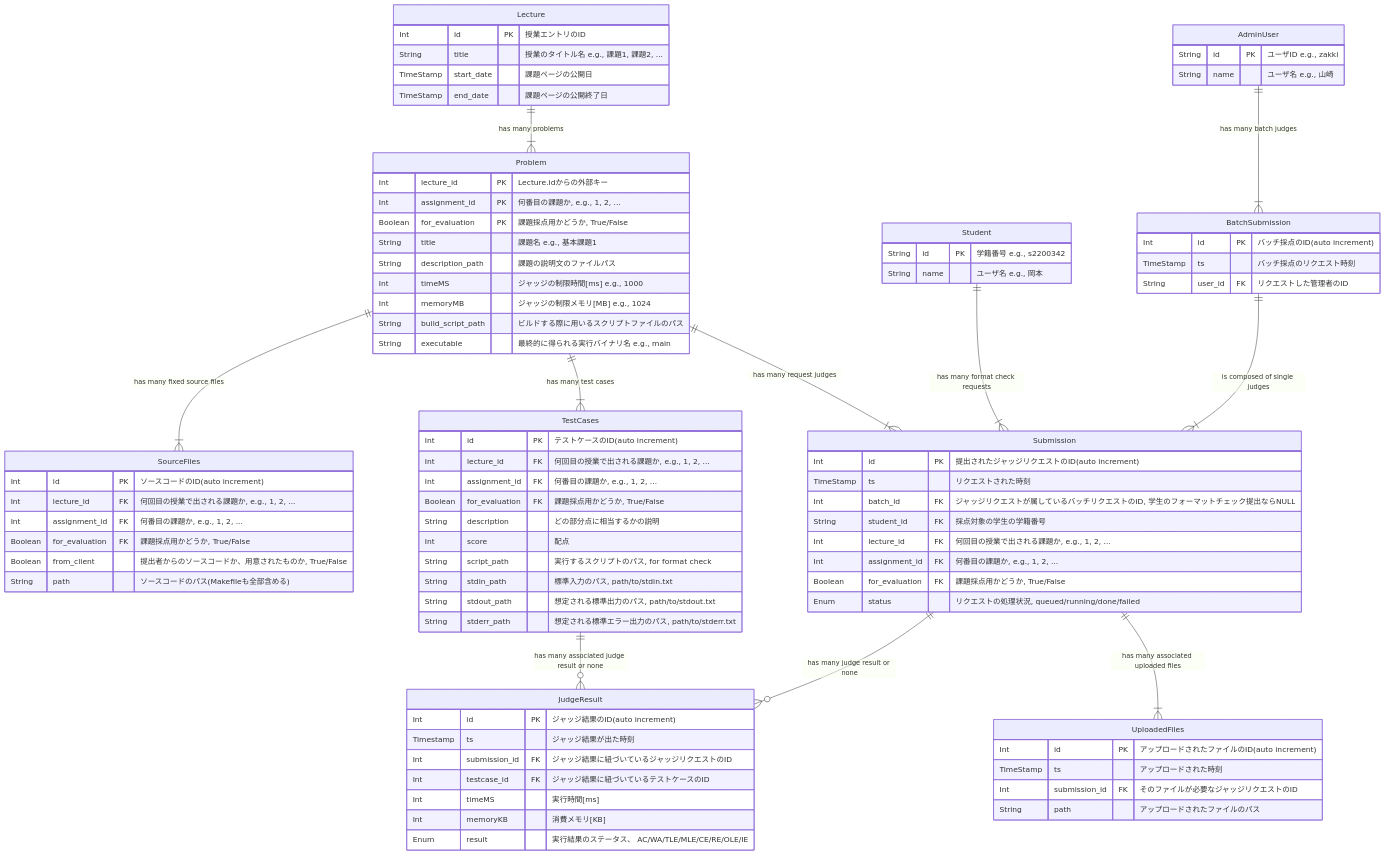
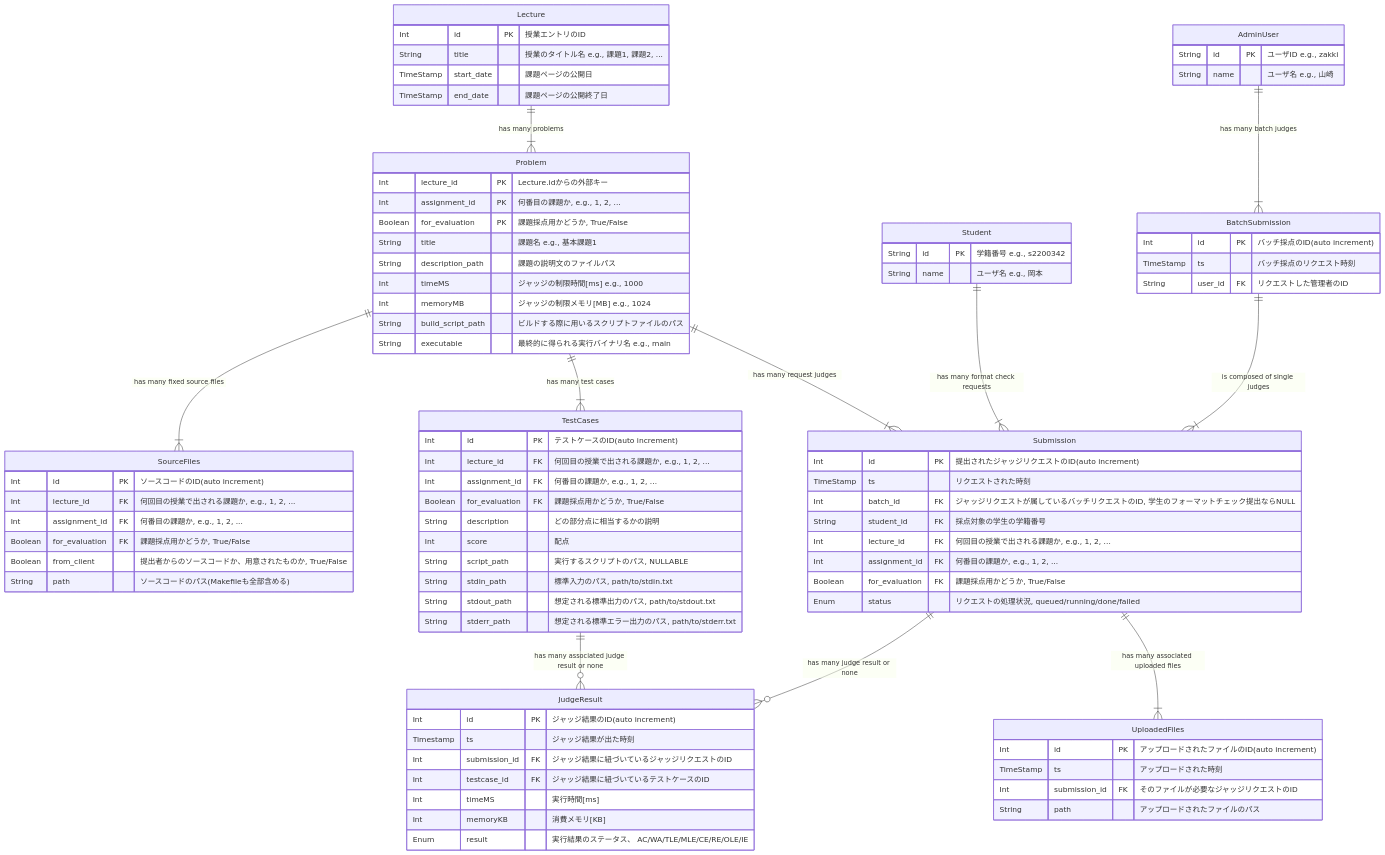
The diagram in README.md (takoyaki65/dsa-judge-server), drawn with Mermaid before and after one commit.

Commit message:
微修正

```diff
--- a/README.md
+++ b/README.md
@@ -41,7 +41,7 @@
 		Boolean for_evaluation FK "課題採点用かどうか, True/False"
 		String description "どの部分点に相当するかの説明"
 		Int score "配点"
-		String script_path "実行するスクリプトのパス, for format check"
+		String script_path "実行するスクリプトのパス, NULLABLE"
 		String stdin_path "標準入力のパス, path/to/stdin.txt"
 		String stdout_path "想定される標準出力のパス, path/to/stdout.txt"
 		String stderr_path "想定される標準エラー出力のパス, path/to/stderr.txt"
```
